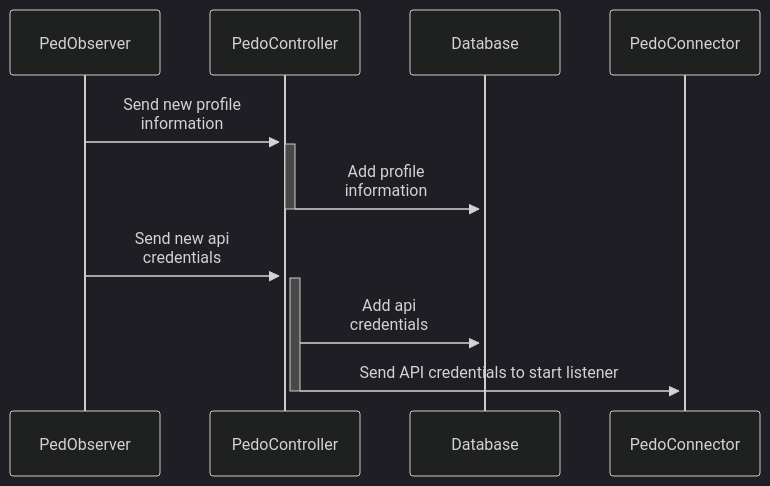
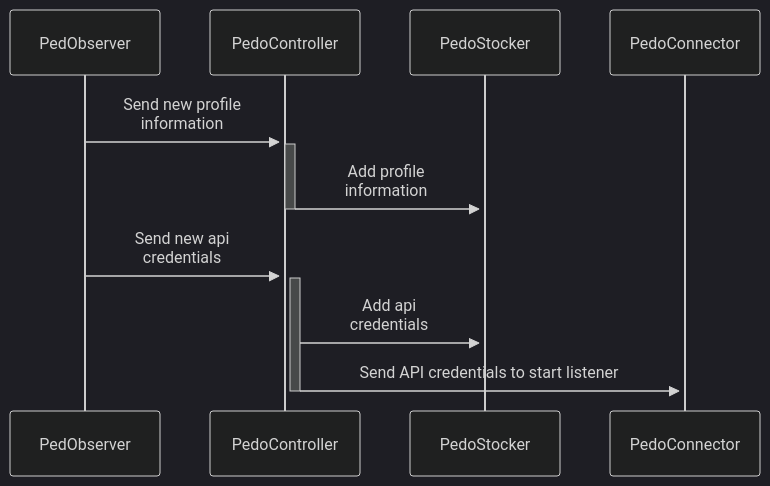
Before and after one commit to PedoPot/PedoDoc: the first of 2 diagrams in PedObserver/README.md, drawn with Mermaid (dark theme). The commit also changed other lines of this file and 3 other files, not shown here.

Commit message:
refactor: Renamed Database to PedoStocker

````diff
--- a/PedObserver/README.md
+++ b/PedObserver/README.md
@@ -4,13 +4,13 @@
 ```mermaid
 sequenceDiagram
     PedObserver->>+PedoController: Send new profile <br>information
     activate PedoController
-    PedoController->>+Database: Add profile <br>information
-    activate Database
+    PedoController->>+PedoStocker: Add profile <br>information
+    activate PedoStocker
     deactivate PedoController
     activate PedoController
     PedObserver->>+PedoController: Send new api <br>credentials
-    PedoController->>+Database: Add api <br>credentials
+    PedoController->>+PedoStocker: Add api <br>credentials
     PedoController->>+PedoConnector: Send API credentials to start listener
     deactivate PedoController
 ```
````
